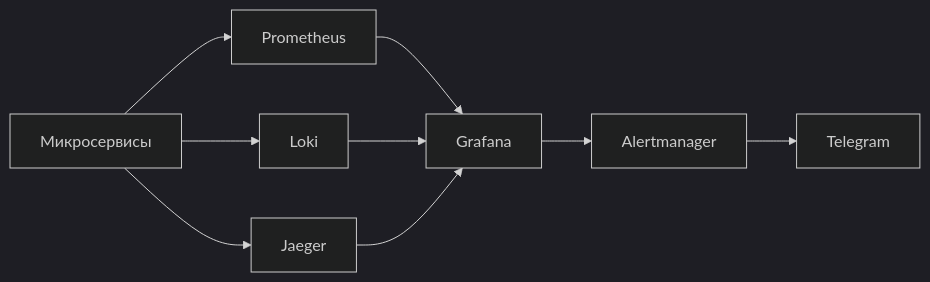
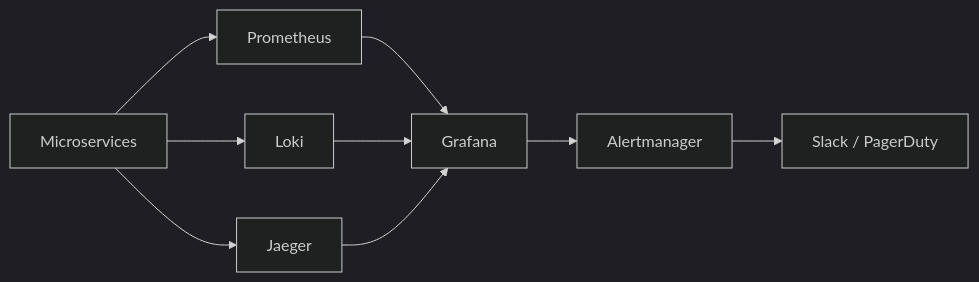
The diagram in content/posts/monitoring-prometheus/index.md (ru-admin/ru-admin.github.io), drawn with Mermaid (dark theme) before and after one commit. The commit also changed other lines of this file and 1 other file, not shown here.

Commit message:
post: monitoring-prometheus-grafana

```diff
--- a/content/posts/monitoring-prometheus/index.md
+++ b/content/posts/monitoring-prometheus/index.md
@@ -120,11 +89,11 @@
 {{< mermaid align="center" >}}
 graph LR
-    A[Микросервисы] --> B[Prometheus]
+    A[Microservices] --> B[Prometheus]
     A --> C[Loki]
     A --> D[Jaeger]
     B --> E[Grafana]
     C --> E
     D --> E
     E --> F[Alertmanager]
-    F --> G[Telegram]
+    F --> G[Slack / PagerDuty]
 {{< /mermaid >}}
```
